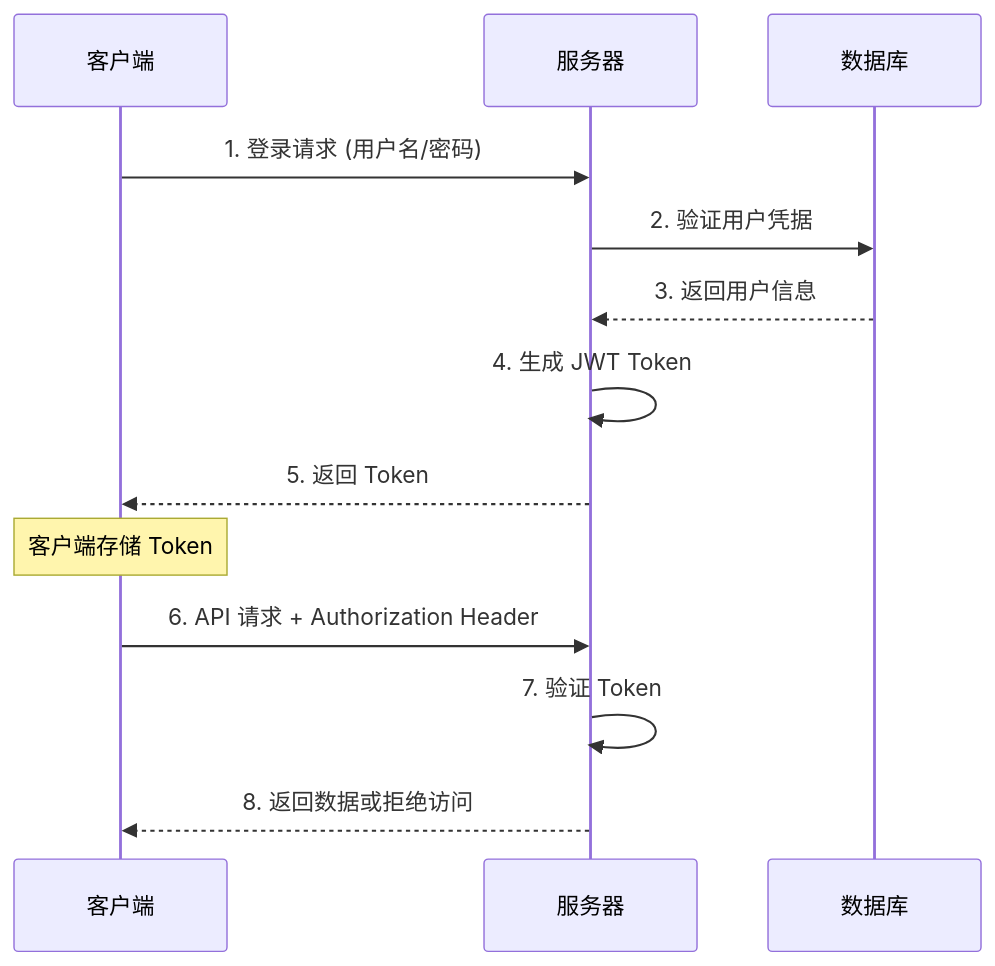
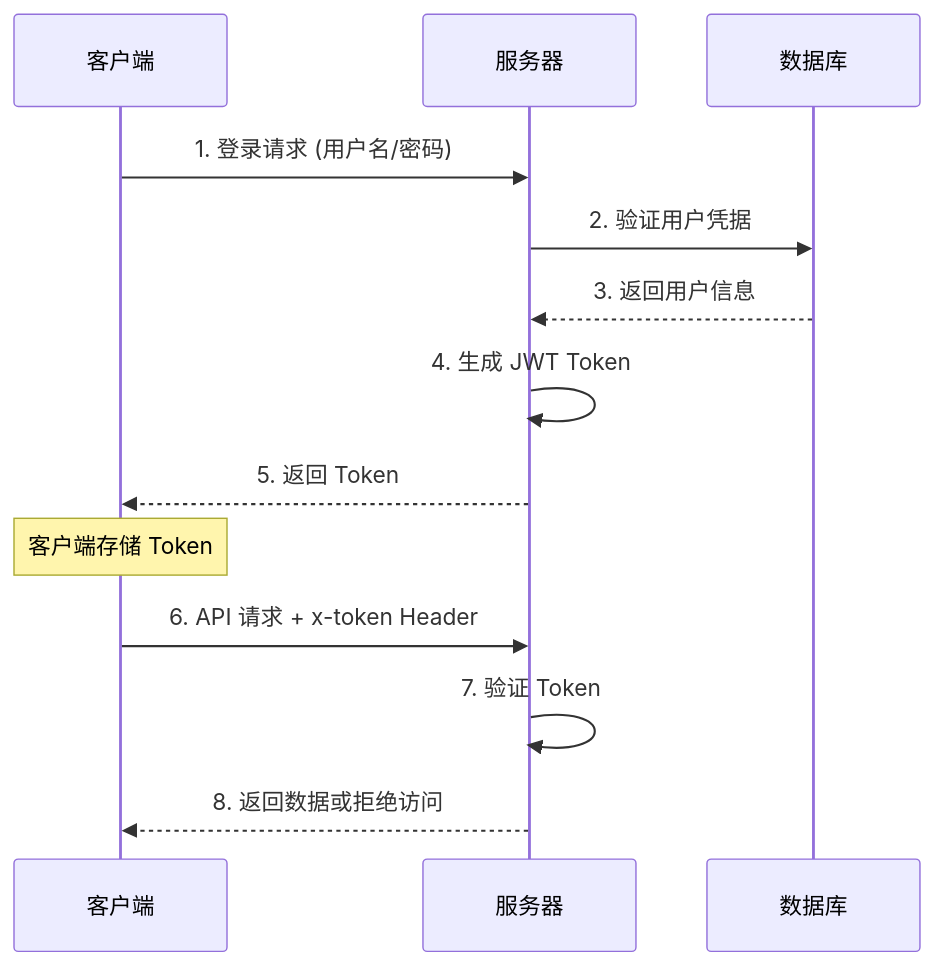
One commit to flipped-aurora/gin-vue-admin.com changed the diagram in docs/guide/server/authentication.md. Above: the diagram before and after it, drawn with Mermaid. The commit also changed other lines of this file and 61 other files, not shown here.

````diff
--- a/docs/guide/server/authentication.md
+++ b/docs/guide/server/authentication.md
@@ -9,18 +9,18 @@
 ```mermaid
 sequenceDiagram
     participant C as 客户端
     participant S as 服务器
     participant DB as 数据库
     
     C->>S: 1. 登录请求 (用户名/密码)
     S->>DB: 2. 验证用户凭据
     DB-->>S: 3. 返回用户信息
     S->>S: 4. 生成 JWT Token
     S-->>C: 5. 返回 Token
     
     Note over C: 客户端存储 Token
     
-    C->>S: 6. API 请求 + Authorization Header
+    C->>S: 6. API 请求 + x-token Header
     S->>S: 7. 验证 Token
     S-->>C: 8. 返回数据或拒绝访问
 ```
````
